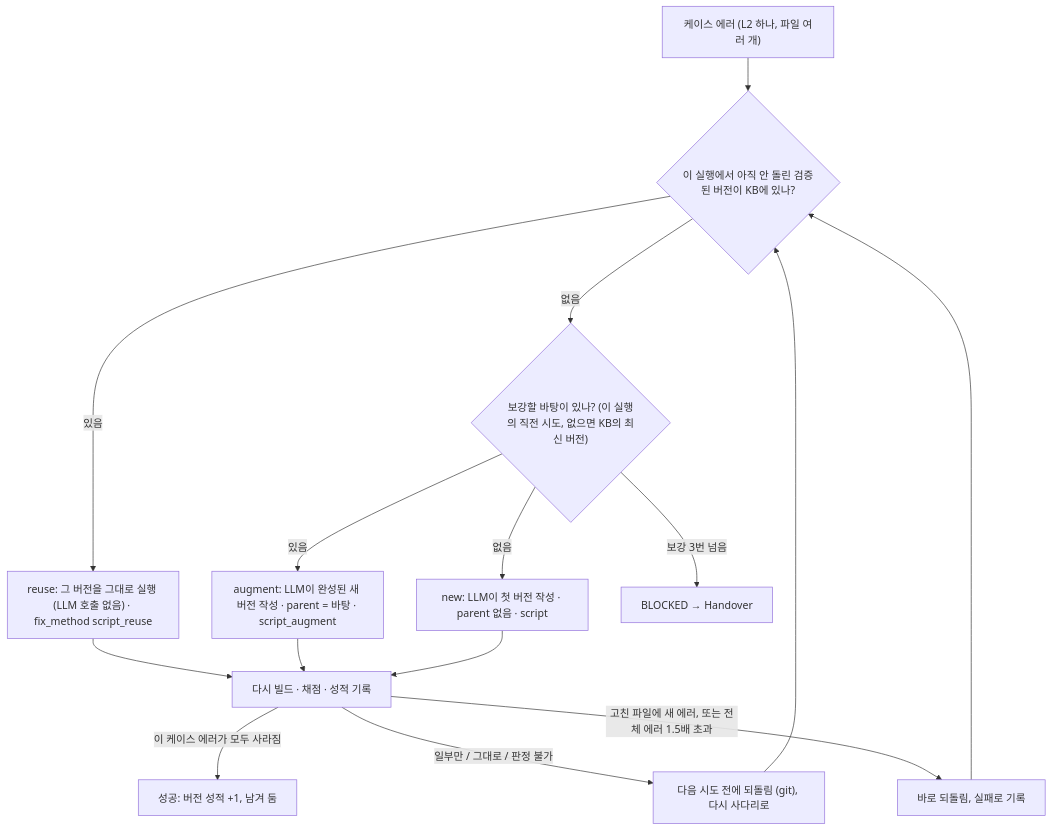
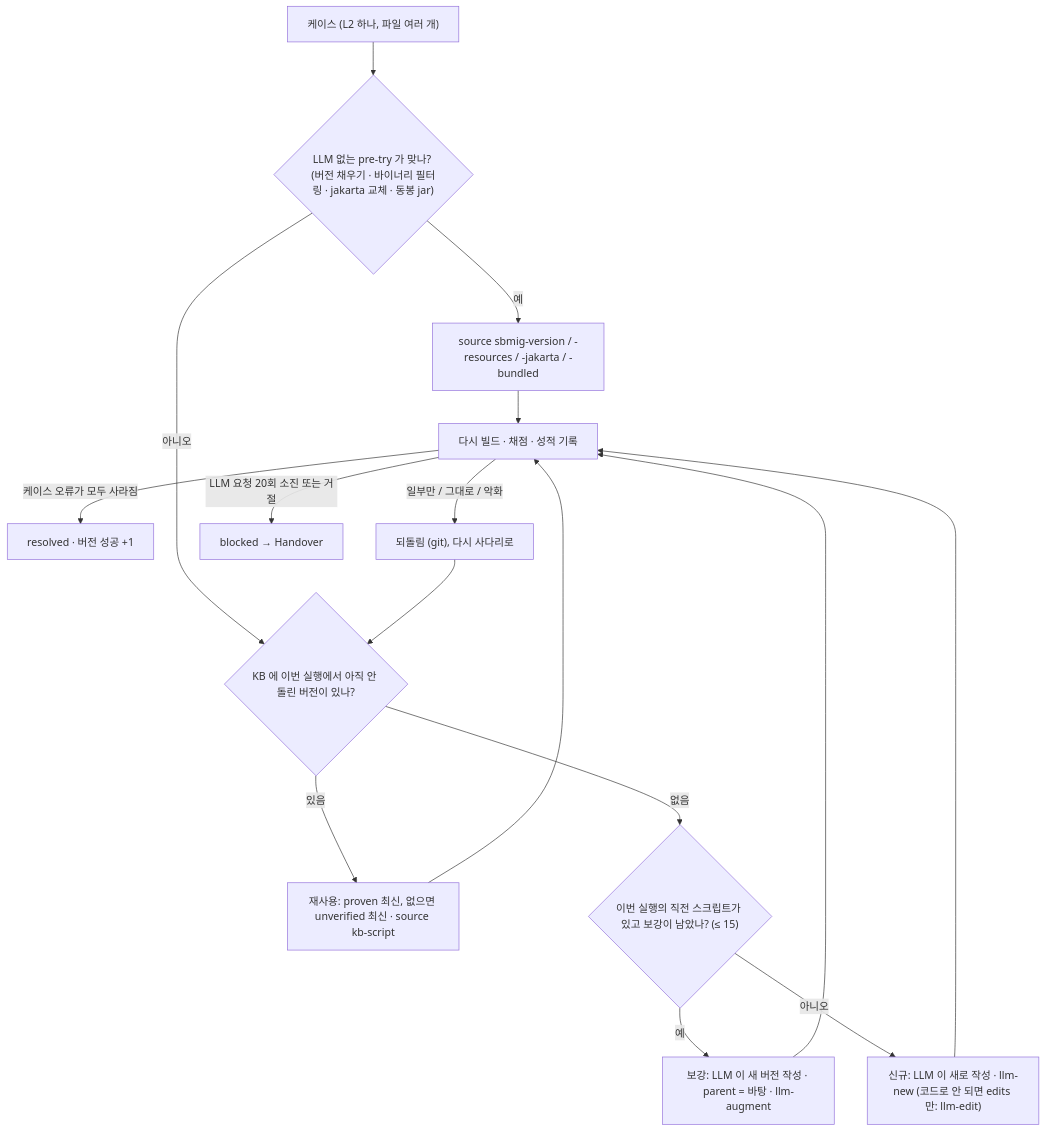
One commit to acandiatale/tutu changed the second of 6 diagrams in docs/kb-map/kb-map.md. Above: the diagram before and after it, drawn with Mermaid. The commit also changed other lines of this file and 126 other files, not shown here.

First line of the commit message:
docs: only the deployed flow-v2 system is documented; v1-era material removed; progress checklist (user, 2026-11-11)

````diff
--- a/docs/kb-map/kb-map.md
+++ b/docs/kb-map/kb-map.md
@@ -131,17 +90,18 @@
 ```mermaid
 flowchart TD
-  E["케이스 에러 (L2 하나, 파일 여러 개)"] --> Q1{"이 실행에서 아직 안 돌린 검증된 버전이 KB에 있나?"}
-  Q1 -->|"있음"| R["reuse: 그 버전을 그대로 실행 (LLM 호출 없음) · fix_method script_reuse"]
-  Q1 -->|"없음"| Q2{"보강할 바탕이 있나? (이 실행의 직전 시도, 없으면 KB의 최신 버전)"}
-  Q2 -->|"있음"| A["augment: LLM이 완성된 새 버전 작성 · parent = 바탕 · script_augment"]
-  Q2 -->|"없음"| N["new: LLM이 첫 버전 작성 · parent 없음 · script"]
-  R --> S["다시 빌드 · 채점 · 성적 기록"]
+  E["케이스 (L2 하나, 파일 여러 개)"] --> P{"LLM 없는 pre-try 가 맞나? (버전 채우기 · 바이너리 필터링 · jakarta 교체 · 동봉 jar)"}
+  P -->|"예"| PT["source sbmig-version / -resources / -jakarta / -bundled"]
+  P -->|"아니오"| Q1{"KB 에 이번 실행에서 아직 안 돌린 버전이 있나?"}
+  Q1 -->|"있음"| R["재사용: proven 최신, 없으면 unverified 최신 · source kb-script"]
+  Q1 -->|"없음"| Q2{"이번 실행의 직전 스크립트가 있고 보강이 남았나? (≤ 15)"}
+  Q2 -->|"예"| A["보강: LLM 이 새 버전 작성 · parent = 바탕 · llm-augment"]
+  Q2 -->|"아니오"| N["신규: LLM 이 새로 작성 · llm-new (코드로 안 되면 edits 만: llm-edit)"]
+  PT --> S["다시 빌드 · 채점 · 성적 기록"]
+  R --> S
   A --> S
   N --> S
-  S -->|"이 케이스 에러가 모두 사라짐"| OK["성공: 버전 성적 +1, 남겨 둠"]
-  S -->|"일부만 / 그대로 / 판정 불가"| RB["다음 시도 전에 되돌림 (git), 다시 사다리로"]
-  S -->|"고친 파일에 새 에러, 또는 전체 에러 1.5배 초과"| RV["바로 되돌림, 실패로 기록"]
+  S -->|"케이스 오류가 모두 사라짐"| OK["resolved · 버전 성공 +1"]
+  S -->|"일부만 / 그대로 / 악화"| RB["되돌림 (git), 다시 사다리로"]
   RB --> Q1
-  RV --> Q1
-  Q2 -->|"보강 3번 넘음"| BLK["BLOCKED → Handover"]
+  S -->|"LLM 요청 20회 소진 또는 거절"| BLK["blocked → Handover"]
 ```
````
